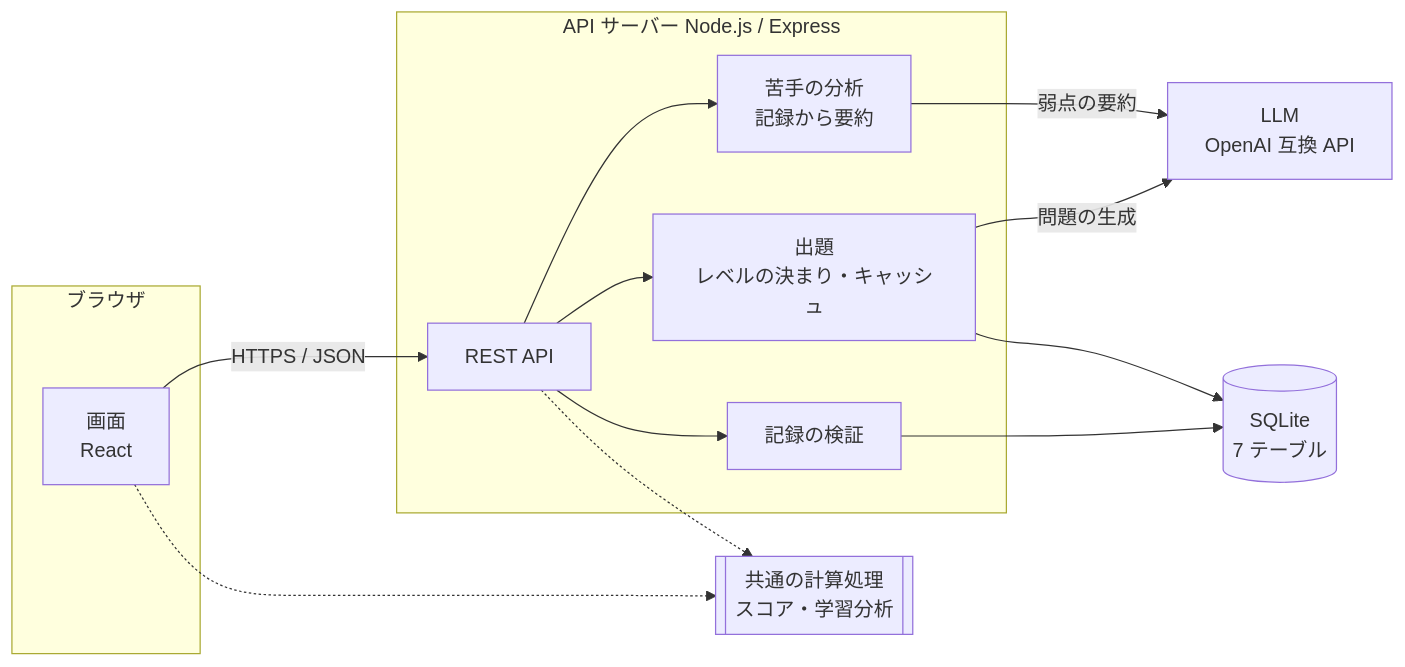
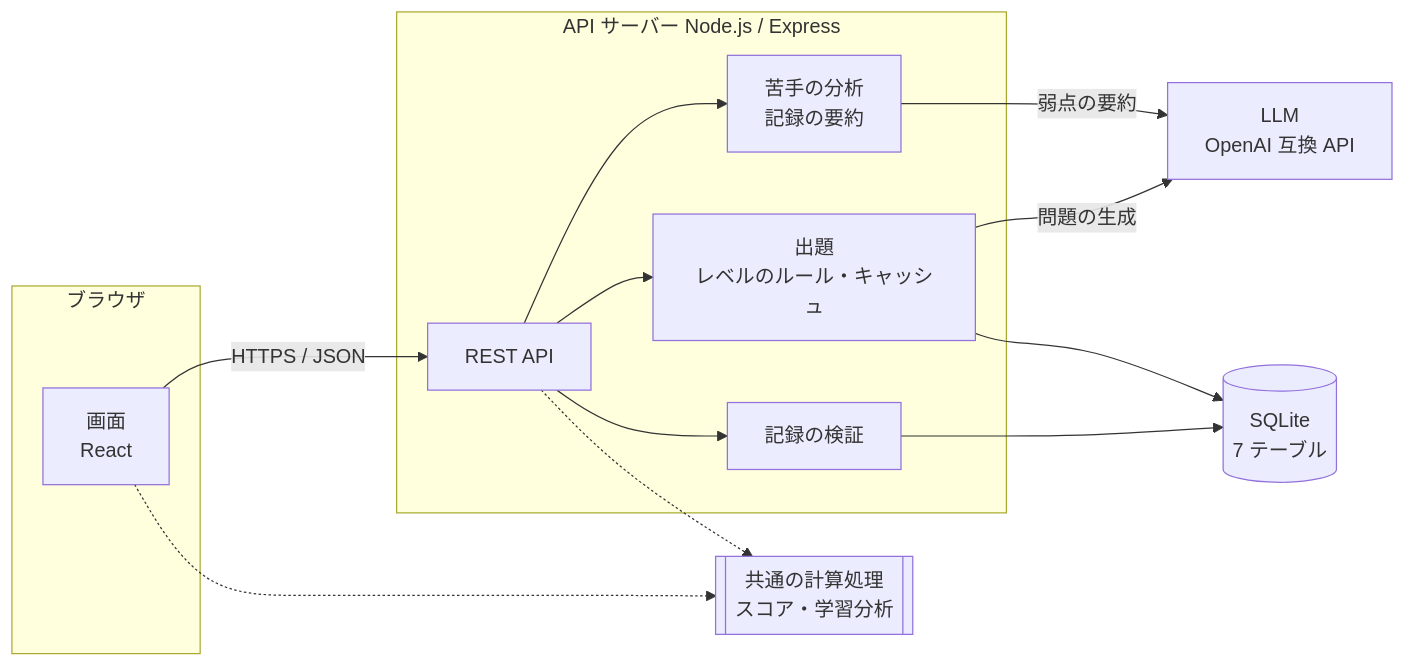
The first of 2 diagrams in README.md (y220020-lgtm/typing-portfolipo), drawn with Mermaid before and after one commit. The commit also changed other lines of this file, not shown here.

````diff
--- a/README.md
+++ b/README.md
@@ -44,24 +44,24 @@
 ```mermaid
 flowchart LR
   subgraph Browser[ブラウザ]
     UI[画面<br/>React]
   end
   subgraph Server[API サーバー Node.js / Express]
     API[REST API]
-    Q[出題<br/>レベルの決まり・キャッシュ]
-    T[苦手の分析<br/>記録から要約]
+    Q[出題<br/>レベルのルール・キャッシュ]
+    T[苦手の分析<br/>記録の要約]
     V[記録の検証]
   end
   DB[(SQLite<br/>7 テーブル)]
   LLM[LLM<br/>OpenAI 互換 API]
   Share[[共通の計算処理<br/>スコア・学習分析]]
 
   UI -- HTTPS / JSON --> API
   API --> Q & T & V
   Q -- 問題の生成 --> LLM
   T -- 弱点の要約 --> LLM
   V --> DB
   Q --> DB
   UI -.-> Share
   API -.-> Share
 ```
````
